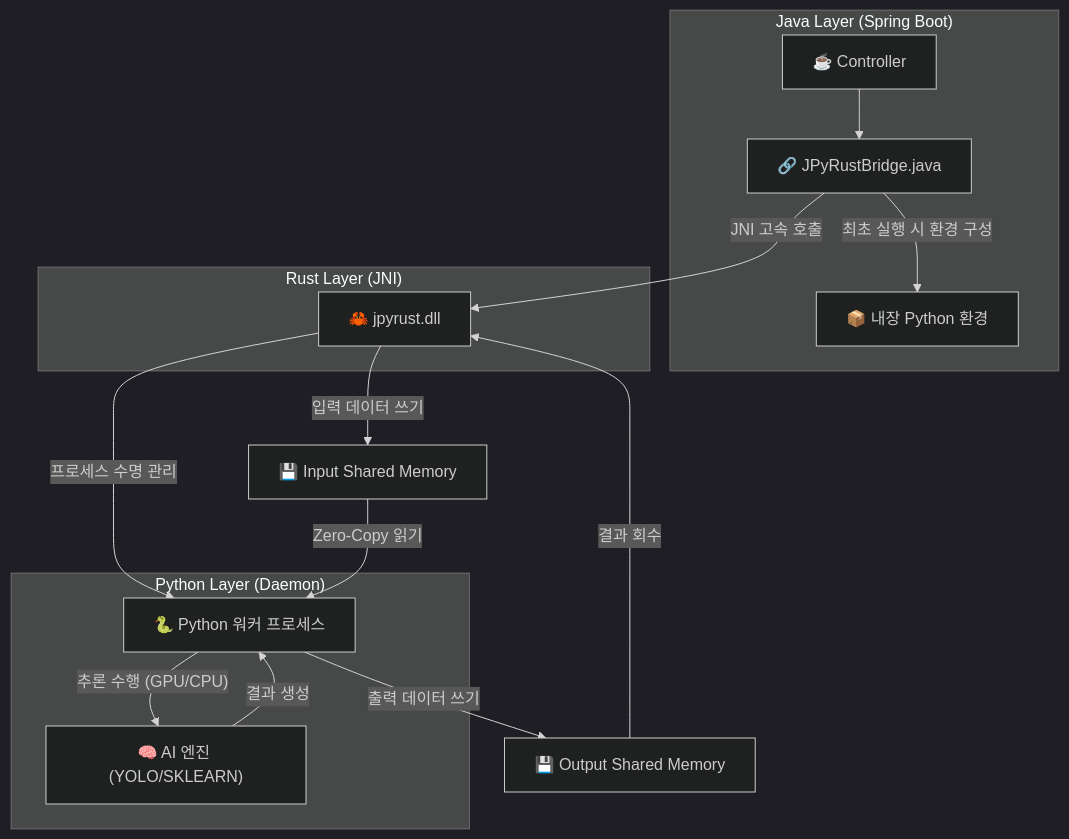
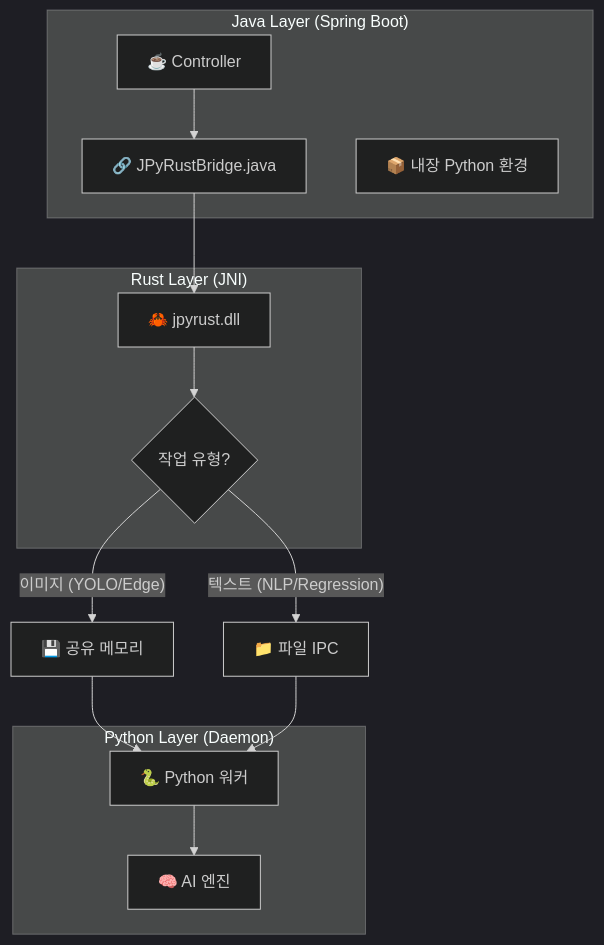
Before and after one commit to farmer0010/JPyRust: the diagram in README_KR.md, drawn with Mermaid (dark theme). The commit also changed other lines of this file and 5 other files, not shown here.

````diff
--- a/README_KR.md
+++ b/README_KR.md
@@ -70,30 +66,29 @@
 ```mermaid
 graph TD
     subgraph "Java Layer (Spring Boot)"
         Controller["☕ Controller"]
         JavaBridge["🔗 JPyRustBridge.java"]
         Dist["📦 내장 Python 환경"]
     end
 
     subgraph "Rust Layer (JNI)"
         RustBridge["🦀 jpyrust.dll"]
+        IPCSwitch{"작업 유형?"}
     end
 
     subgraph "Python Layer (Daemon)"
-        Daemon["🐍 Python 워커 프로세스"]
-        Models["🧠 AI 엔진 (YOLO/SKLEARN)"]
+        Daemon["🐍 Python 워커"]
+        Models["🧠 AI 엔진"]
     end
 
     Controller --> JavaBridge
-    JavaBridge -- "최초 실행 시 환경 구성" --> Dist
-    JavaBridge -- "JNI 고속 호출" --> RustBridge
-    RustBridge -- "프로세스 수명 관리" --> Daemon
+    JavaBridge --> RustBridge
+    RustBridge --> IPCSwitch
     
-    RustBridge -- "입력 데이터 쓰기" --> RAM_IN["💾 Input Shared Memory"]
-    RAM_IN -- "Zero-Copy 읽기" --> Daemon
-    Daemon -- "추론 수행 (GPU/CPU)" --> Models
+    IPCSwitch -- "이미지 (YOLO/Edge)" --> RAM_IN["💾 공유 메모리"]
+    IPCSwitch -- "텍스트 (NLP/Regression)" --> FILE_IN["📁 파일 IPC"]
     
-    Models -- "결과 생성" --> Daemon
-    Daemon -- "출력 데이터 쓰기" --> RAM_OUT["💾 Output Shared Memory"]
-    RAM_OUT -- "결과 회수" --> RustBridge
+    RAM_IN --> Daemon
+    FILE_IN --> Daemon
+    Daemon --> Models
 ```
````
